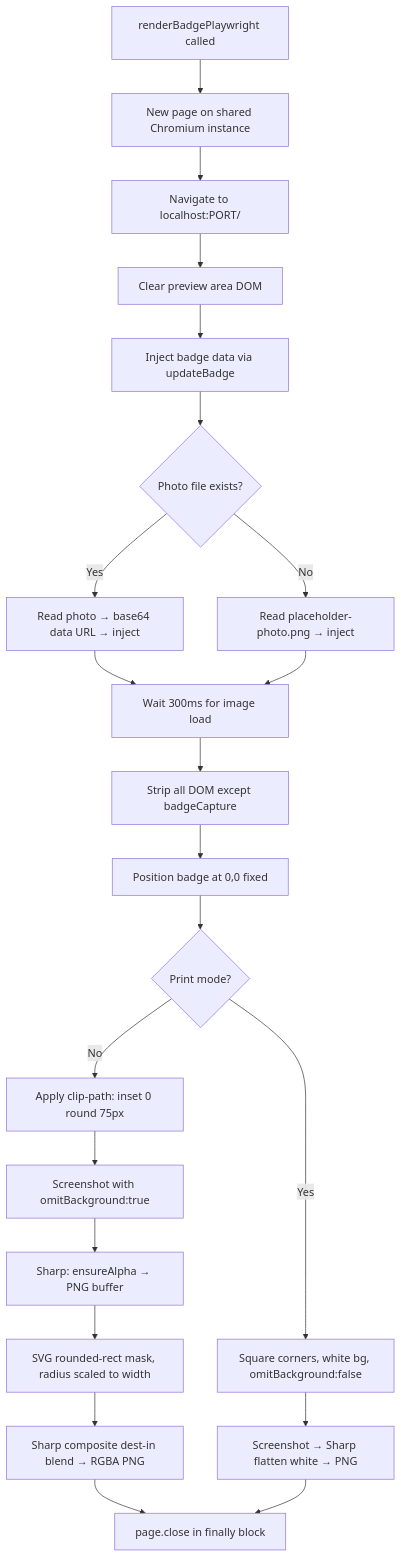
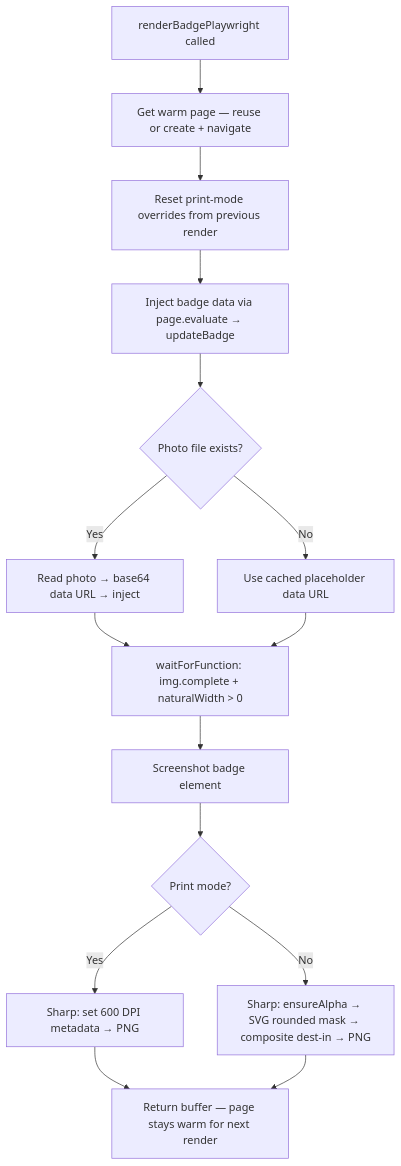
Before and after one commit to diamondluke-1220/hd-badge: the second of 3 diagrams in README.md, drawn with Mermaid. The commit also changed other lines of this file, not shown here.

First line of the commit message:
Update README to reflect current architecture and features

````diff
--- a/README.md
+++ b/README.md
@@ -192,24 +205,17 @@
 ```mermaid
 flowchart TD
-    A[renderBadgePlaywright called] --> B[New page on shared Chromium instance]
-    B --> C[Navigate to localhost:PORT/]
-    C --> D[Clear preview area DOM]
-    D --> E[Inject badge data via updateBadge]
-    E --> F{Photo file exists?}
-    F -->|Yes| G[Read photo → base64 data URL → inject]
-    F -->|No| H[Read placeholder-photo.png → inject]
-    G --> I[Wait 300ms for image load]
-    H --> I
-    I --> J[Strip all DOM except badgeCapture]
-    J --> K[Position badge at 0,0 fixed]
-    K --> L{Print mode?}
-    L -->|Yes| M[Square corners, white bg, omitBackground:false]
-    L -->|No| N[Apply clip-path: inset 0 round 75px]
-    N --> O[Screenshot with omitBackground:true]
-    O --> P[Sharp: ensureAlpha → PNG buffer]
-    P --> Q[SVG rounded-rect mask, radius scaled to width]
-    Q --> R[Sharp composite dest-in blend → RGBA PNG]
-    M --> S[Screenshot → Sharp flatten white → PNG]
-    R --> T[page.close in finally block]
-    S --> T
+    A[renderBadgePlaywright called] --> B[Get warm page — reuse or create + navigate]
+    B --> C[Reset print-mode overrides from previous render]
+    C --> D[Inject badge data via page.evaluate → updateBadge]
+    D --> E{Photo file exists?}
+    E -->|Yes| F[Read photo → base64 data URL → inject]
+    E -->|No| G[Use cached placeholder data URL]
+    F --> H[waitForFunction: img.complete + naturalWidth > 0]
+    G --> H
+    H --> I[Screenshot badge element]
+    I --> J{Print mode?}
+    J -->|Yes| K[Sharp: set 600 DPI metadata → PNG]
+    J -->|No| L[Sharp: ensureAlpha → SVG rounded mask → composite dest-in → PNG]
+    K --> M[Return buffer — page stays warm for next render]
+    L --> M
 ```
````
